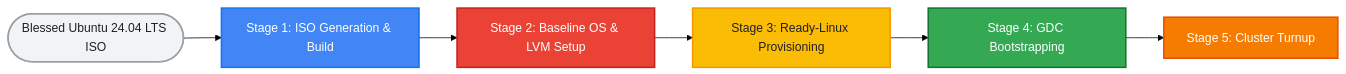
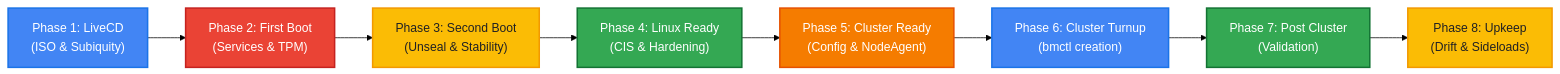
Before and after one commit to mike-ensor/gdc-disk-provisioner-gh: the first of 2 diagrams in README.md, drawn with Mermaid (forest theme). The commit also changed other lines of this file and 38 other files, not shown here.

Commit message:
Resolve Issue #8: Implement Machine State Machine and NodeAgent Gating

````diff
--- a/README.md
+++ b/README.md
@@ -15,33 +15,39 @@
 ```mermaid
 flowchart LR
     %% Define Google Brand Styles
     classDef start fill:#F1F3F4,stroke:#9AA0A6,stroke-width:2px,color:#202124;
     classDef blue fill:#4285F4,stroke:#1A73E8,stroke-width:2px,color:#FFFFFF;
     classDef red fill:#EA4335,stroke:#C5221F,stroke-width:2px,color:#FFFFFF;
     classDef yellow fill:#FBBC05,stroke:#F29900,stroke-width:2px,color:#202124;
     classDef green fill:#34A853,stroke:#137333,stroke-width:2px,color:#FFFFFF;
     classDef orange fill:#F57C00,stroke:#E65100,stroke-width:2px,color:#FFFFFF;
 
     %% Nodes
-    Start(["Blessed Ubuntu 24.04 LTS ISO"])
-    Stage1["Stage 1: ISO Generation & Build"]
-    Stage2["Stage 2: Baseline OS & LVM Setup"]
-    Stage3["Stage 3: Ready-Linux Provisioning"]
-    Stage4["Stage 4: GDC Bootstrapping"]
-    Stage5["Stage 5: Cluster Turnup"]
+    Stage1["Phase 1: LiveCD\n(ISO & Subiquity)"]
+    Stage2["Phase 2: First Boot\n(Services & TPM)"]
+    Stage3["Phase 3: Second Boot\n(Unseal & Stability)"]
+    Stage4["Phase 4: Linux Ready\n(CIS & Hardening)"]
+    Stage5["Phase 5: Cluster Ready\n(Config & NodeAgent)"]
+    Stage6["Phase 6: Cluster Turnup\n(bmctl creation)"]
+    Stage7["Phase 7: Post Cluster\n(Validation)"]
+    Stage8["Phase 8: Upkeep\n(Drift & Sideloads)"]
 
     %% Connections
-    Start --> Stage1
     Stage1 --> Stage2
     Stage2 --> Stage3
     Stage3 --> Stage4
     Stage4 --> Stage5
+    Stage5 --> Stage6
+    Stage6 --> Stage7
+    Stage7 --> Stage8
 
     %% Apply Styles
-    class Start start;
     class Stage1 blue;
     class Stage2 red;
     class Stage3 yellow;
     class Stage4 green;
     class Stage5 orange;
+    class Stage6 blue;
+    class Stage7 green;
+    class Stage8 yellow;
 ```
````
